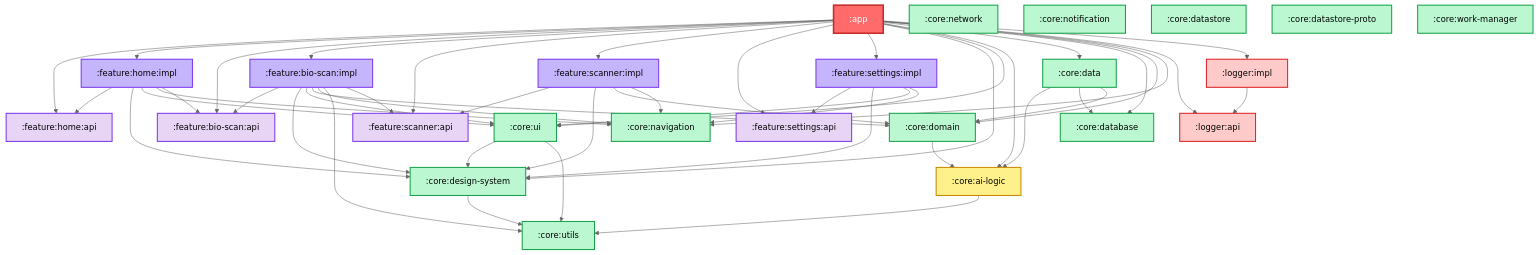
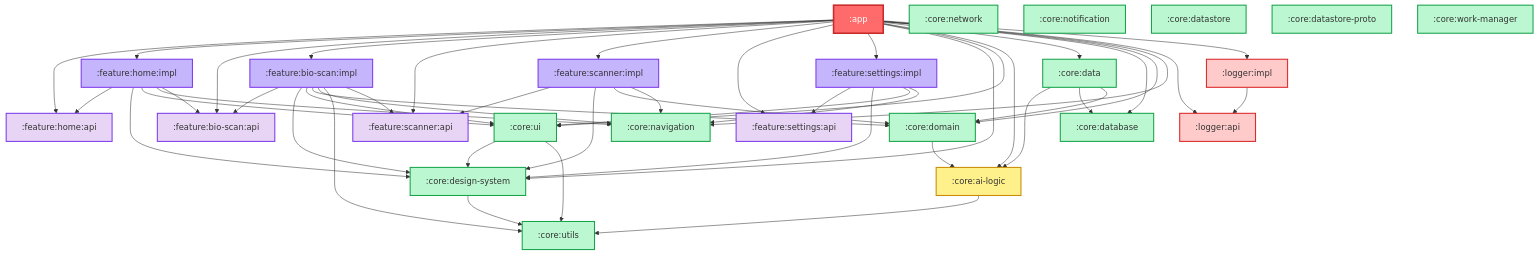
One commit to vikas-kmr1/Medyo changed the first of 12 diagrams in medyo_module_graphs.md. Above: the diagram before and after it, drawn with Mermaid. The commit also changed other lines of this file, not shown here.

First line of the commit message:
docs: remove HTML body tags and Mermaid theme initialization from documentation

````diff
--- a/medyo_module_graphs.md
+++ b/medyo_module_graphs.md
@@ -27,73 +26,71 @@
 ```mermaid
-%%{init: {'theme': 'neutral', 'themeVariables': { 'darkMode': false }}}%%
-
 graph TD
     classDef app fill:#ff6b6b,stroke:#c92a2a,stroke-width:3px,color:#fff;
     classDef featureApi fill:#e8d5f5,stroke:#7c3aed,stroke-width:2px;
     classDef featureImpl fill:#c4b5fd,stroke:#7c3aed,stroke-width:2px;
     classDef core fill:#bbf7d0,stroke:#16a34a,stroke-width:2px;
     classDef coreAI fill:#fef08a,stroke:#ca8a04,stroke-width:2px;
     classDef logger fill:#fecaca,stroke:#dc2626,stroke-width:2px;
 
     App[":app"]:::app
 
     %% Feature API Modules
     HomeAPI[":feature:home:api"]:::featureApi
     HomeImpl[":feature:home:impl"]:::featureImpl
     BioScanAPI[":feature:bio-scan:api"]:::featureApi
     BioScanImpl[":feature:bio-scan:impl"]:::featureImpl
     ScannerAPI[":feature:scanner:api"]:::featureApi
     ScannerImpl[":feature:scanner:impl"]:::featureImpl
     SettingsAPI[":feature:settings:api"]:::featureApi
     SettingsImpl[":feature:settings:impl"]:::featureImpl
 
     %% Core Modules
     Domain[":core:domain"]:::core
     Data[":core:data"]:::core
     Database[":core:database"]:::core
     AiLogic[":core:ai-logic"]:::coreAI
     Navigation[":core:navigation"]:::core
     DesignSystem[":core:design-system"]:::core
     UI[":core:ui"]:::core
     Utils[":core:utils"]:::core
     Network[":core:network"]:::core
     Notification[":core:notification"]:::core
     Datastore[":core:datastore"]:::core
     DatastoreProto[":core:datastore-proto"]:::core
     WorkManager[":core:work-manager"]:::core
 
     %% Logger Modules
     LoggerAPI[":logger:api"]:::logger
     LoggerImpl[":logger:impl"]:::logger
 
     %% ── App Dependencies ──
     App --> HomeAPI & HomeImpl
     App --> BioScanAPI & BioScanImpl
     App --> ScannerAPI & ScannerImpl
     App --> SettingsAPI & SettingsImpl
     App --> DesignSystem & UI & AiLogic
     App --> Data & Database & Domain & Navigation
     App --> LoggerAPI & LoggerImpl
 
     %% ── Feature Impl → API ──
     HomeImpl --> HomeAPI
     BioScanImpl --> BioScanAPI
     ScannerImpl --> ScannerAPI
     SettingsImpl --> SettingsAPI
 
     %% ── Feature Impl → Core ──
     HomeImpl --> DesignSystem & UI & Navigation
     HomeImpl --> BioScanAPI
     BioScanImpl --> DesignSystem & UI & Domain & Navigation & Utils
     BioScanImpl --> ScannerAPI
     ScannerImpl --> DesignSystem & Domain & Navigation
     SettingsImpl --> DesignSystem & UI & Navigation
 
     %% ── Core Internal ──
     Data --> AiLogic & Database & Domain
     Domain --> AiLogic
     AiLogic --> Utils
     UI --> DesignSystem & Utils
     DesignSystem --> Utils
     LoggerImpl --> LoggerAPI
 ```
````
